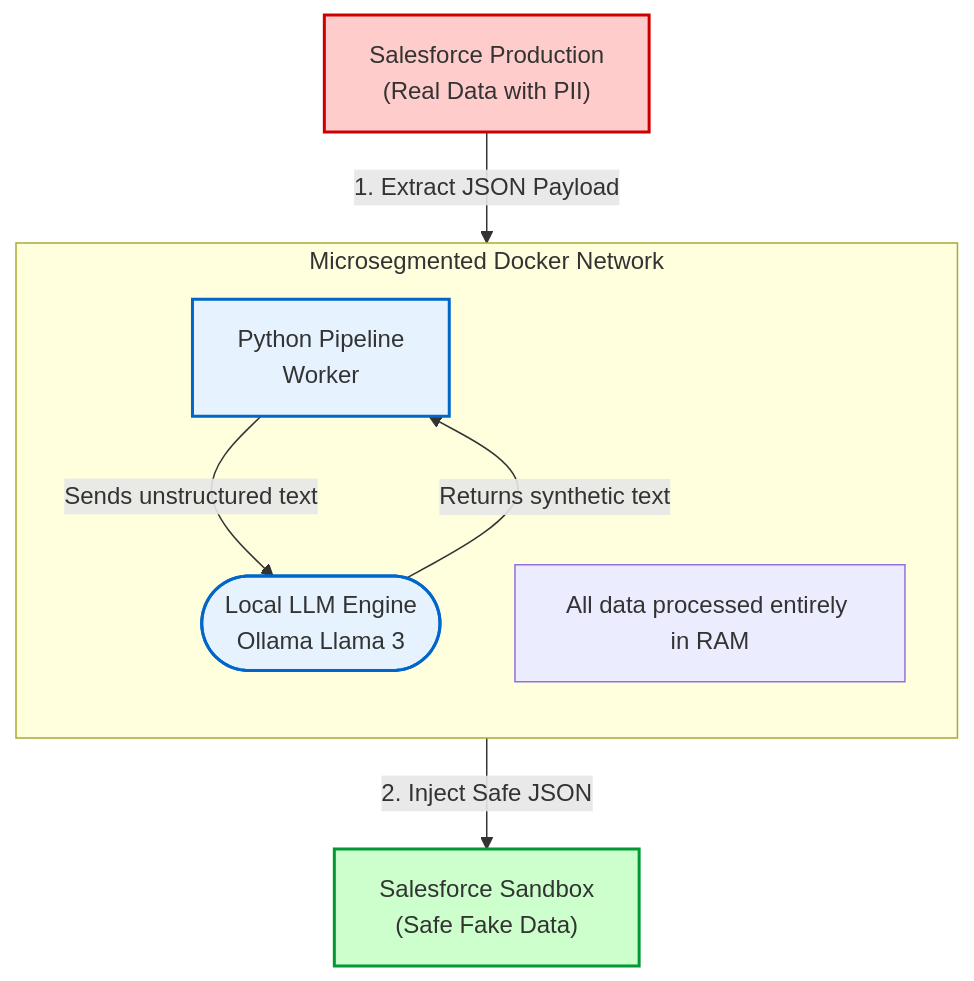
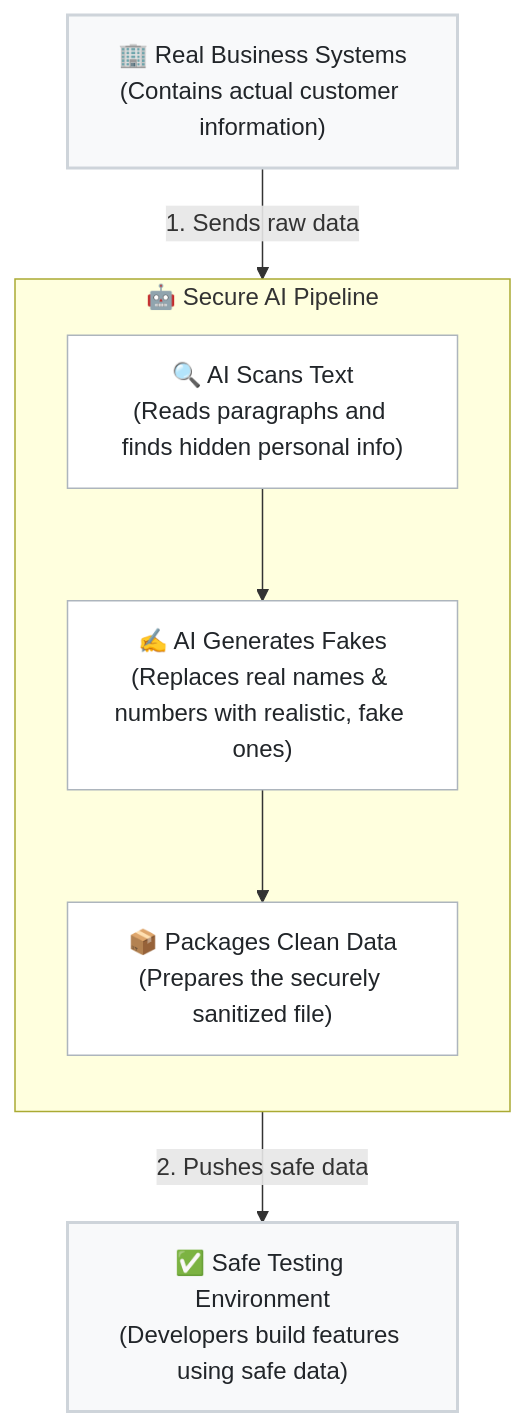
One commit to saransh1307/veriLLM changed the diagram in README.md. Above: the diagram before and after it, drawn with Mermaid. The commit also changed 5 other files, not shown here.

Commit message:
made changes for masking the data and the output of the data is more clean

````diff
--- a/README.md
+++ b/README.md
@@ -19,28 +19,22 @@
 ```mermaid
 flowchart TD
-    %% Define styles
-    classDef prod fill:#ffcccc,stroke:#cc0000,stroke-width:2px;
-    classDef security fill:#e6f3ff,stroke:#0066cc,stroke-width:2px;
-    classDef sandbox fill:#ccffcc,stroke:#009933,stroke-width:2px;
-    classDef process fill:#f9f9f9,stroke:#666,stroke-width:1px;
+    %% Define subtle, accessible styles
+    classDef minimal fill:#f8f9fa,stroke:#ced4da,stroke-width:2px,color:#212529;
+    classDef step fill:#ffffff,stroke:#adb5bd,stroke-width:1px,color:#212529;
 
-    %% Nodes
-    A["Salesforce Production\n(Real Data with PII)"]:::prod
+    A["🏢 Real Business Systems\n(Contains actual customer information)"]:::minimal
     
-    subgraph Microsegmented Docker Network
+    subgraph Pipeline["🤖 Secure AI Pipeline"]
         direction TB
-        B["Python Pipeline\nWorker"]:::security
-        C(["Local LLM Engine\nOllama Llama 3"]):::security
+        S1["🔍 AI Scans Text\n(Reads paragraphs and finds hidden personal info)"]:::step
+        S2["✍️ AI Generates Fakes\n(Replaces real names & numbers with realistic, fake ones)"]:::step
+        S3["📦 Packages Clean Data\n(Prepares the securely sanitized file)"]:::step
         
-        B -- "Sends unstructured text" --> C
-        C -- "Returns synthetic text" --> B
-        
-        note1[All data processed entirely in RAM]
+        S1 --> S2 --> S3
     end
     
-    D["Salesforce Sandbox\n(Safe Fake Data)"]:::sandbox
+    C["✅ Safe Testing Environment\n(Developers build features using safe data)"]:::minimal
 
-    %% Connections
-    A -- "1. Extract JSON Payload" --> B
-    B -- "2. Inject Safe JSON" --> D
+    A -- "1. Sends raw data" --> S1
+    S3 -- "2. Pushes safe data" --> C
 ```
````
